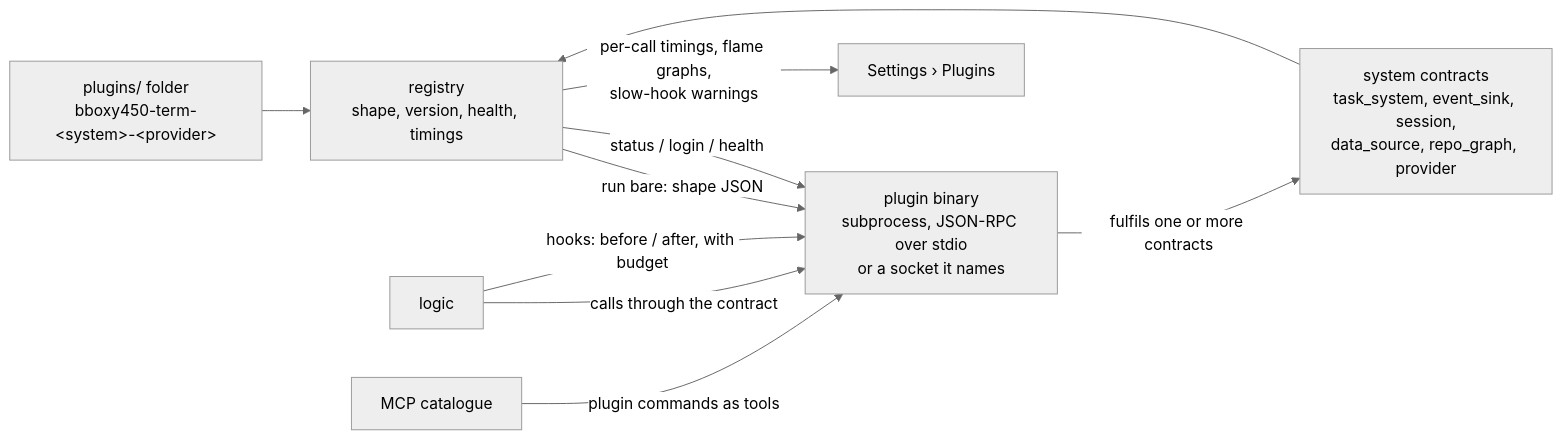
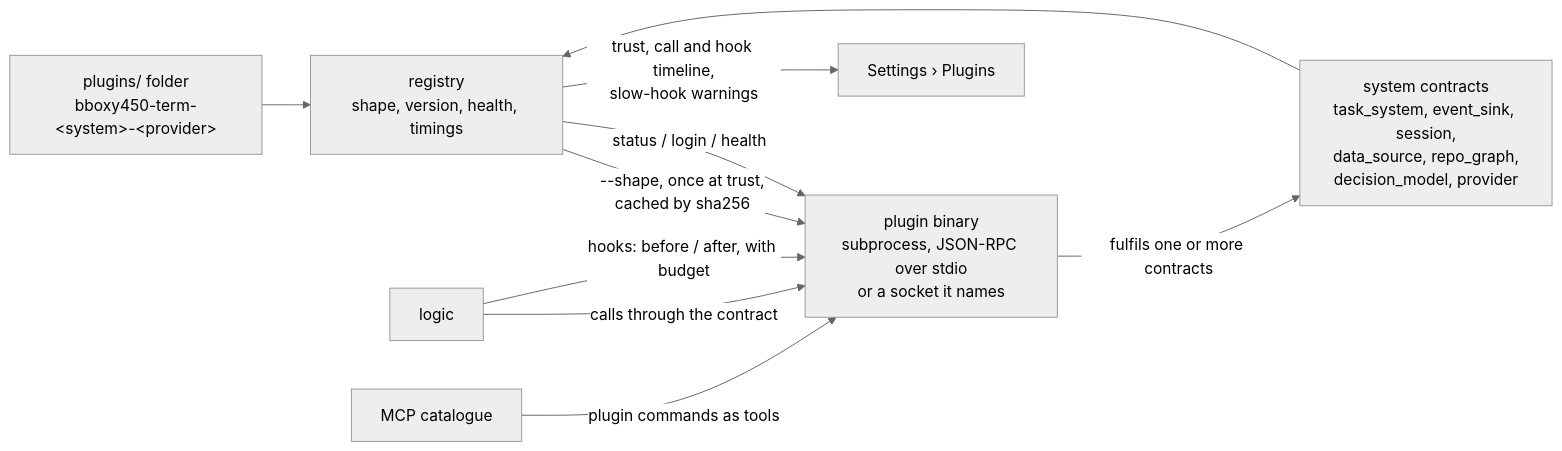
Before and after one commit to bboxy450/bboxy450-term: the diagram in .bboxy/specs/plugins.md, drawn with Mermaid (neutral theme). The commit also changed other lines of this file and 15 other files, not shown here.

Commit message:
plugins: revision 3, the operator closes the prefix per app and corrects Jev into a decision_model contract; Wren's two follow-ups and the research addendum land

````diff
--- a/.bboxy/specs/plugins.md
+++ b/.bboxy/specs/plugins.md
@@ -30,12 +30,12 @@
 ```mermaid
 flowchart LR
   F["plugins/ folder<br/>bboxy450-term-&lt;system&gt;-&lt;provider&gt;"] --> R["registry<br/>shape, version, health, timings"]
-  R -- "run bare: shape JSON" --> P["plugin binary<br/>subprocess, JSON-RPC over stdio<br/>or a socket it names"]
+  R -- "--shape, once at trust,<br/>cached by sha256" --> P["plugin binary<br/>subprocess, JSON-RPC over stdio<br/>or a socket it names"]
   R -- "status / login / health" --> P
-  C["system contracts<br/>task_system, event_sink, session,<br/>data_source, repo_graph, provider"] --> R
+  C["system contracts<br/>task_system, event_sink, session,<br/>data_source, repo_graph,<br/>decision_model, provider"] --> R
   P -- "fulfils one or more contracts" --> C
   L["logic"] -- "calls through the contract" --> P
   L -- "hooks: before / after, with budget" --> P
   M["MCP catalogue"] -- "plugin commands as tools" --> P
-  R -- "per-call timings, flame graphs,<br/>slow-hook warnings" --> UI["Settings › Plugins"]
+  R -- "trust, call and hook timeline,<br/>slow-hook warnings" --> UI["Settings › Plugins"]
 ```
````
